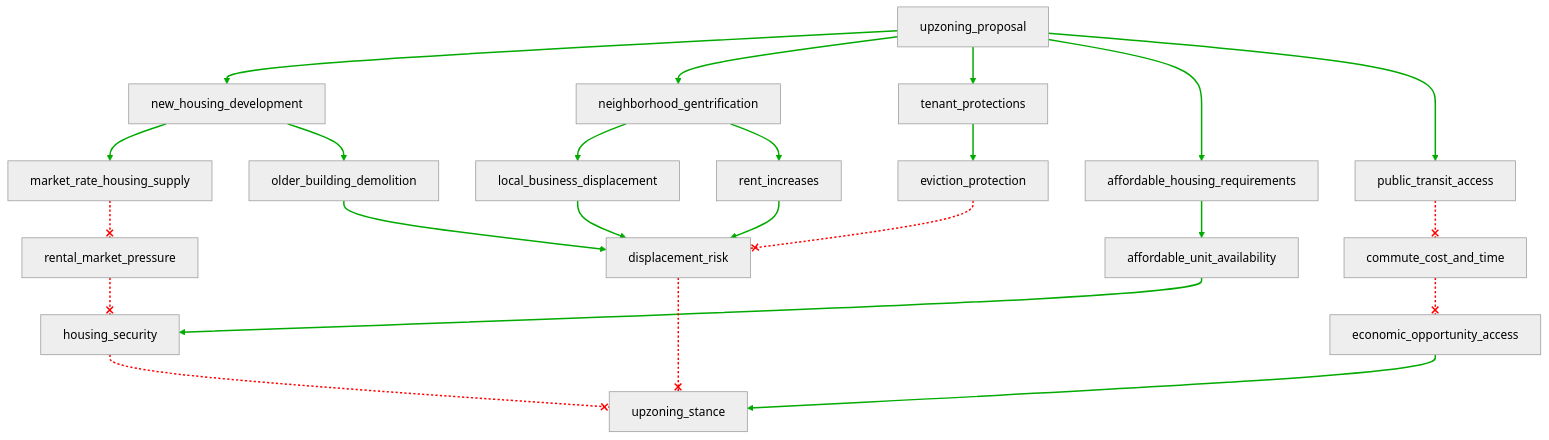
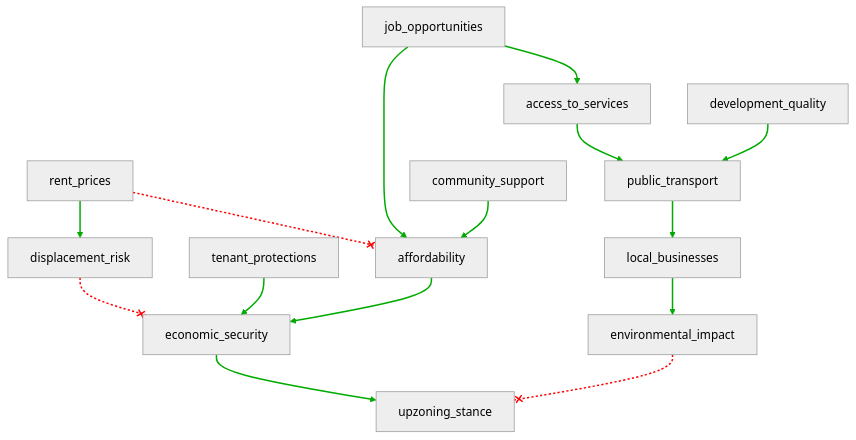
Before and after one commit to jajamoa/generative-minds: the diagram in data/samples_scm/sample_6.mmd, drawn with Mermaid (neutral theme). The commit also changed 115 other files, not shown here.

````diff
--- a/data/samples_scm/sample_6.mmd
+++ b/data/samples_scm/sample_6.mmd
@@ -1,69 +1,44 @@
 ```mermaid
 flowchart TD
-    n1[upzoning_proposal]
-    n2[new_housing_development]
-    n3[neighborhood_gentrification]
-    n4[tenant_protections]
-    n5[affordable_housing_requirements]
-    n6[public_transit_access]
-    n7[market_rate_housing_supply]
-    n8[older_building_demolition]
-    n9[local_business_displacement]
-    n10[rent_increases]
-    n11[eviction_protection]
-    n12[affordable_unit_availability]
-    n13[commute_cost_and_time]
-    n14[rental_market_pressure]
-    n15[displacement_risk]
-    n16[housing_security]
-    n17[economic_opportunity_access]
-    n18[upzoning_stance]
-    
-    n1 --> n2
-    n1 --> n3
-    n1 --> n4
-    n1 --> n5
-    n1 --> n6
-    n2 --> n7
-    n2 --> n8
-    n3 --> n9
-    n3 --> n10
-    n4 --> n11
-    n5 --> n12
-    n6 --x n13
-    n7 --x n14
-    n8 --> n15
-    n9 --> n15
-    n10 --> n15
-    n11 --x n15
-    n12 --> n16
-    n13 --x n17
-    n14 --x n16
-    n15 --x n18
-    n16 --x n18
-    n17 --> n18
-    
-    linkStyle 0 stroke:#00AA00,stroke-width:2px
-    linkStyle 1 stroke:#00AA00,stroke-width:2px
-    linkStyle 2 stroke:#00AA00,stroke-width:2px
-    linkStyle 3 stroke:#00AA00,stroke-width:2px
-    linkStyle 4 stroke:#00AA00,stroke-width:2px
-    linkStyle 5 stroke:#00AA00,stroke-width:2px
-    linkStyle 6 stroke:#00AA00,stroke-width:2px
-    linkStyle 7 stroke:#00AA00,stroke-width:2px
-    linkStyle 8 stroke:#00AA00,stroke-width:2px
-    linkStyle 9 stroke:#00AA00,stroke-width:2px
-    linkStyle 10 stroke:#00AA00,stroke-width:2px
-    linkStyle 11 stroke:#FF0000,stroke-dasharray:3,stroke-width:2px
-    linkStyle 12 stroke:#FF0000,stroke-dasharray:3,stroke-width:2px
-    linkStyle 13 stroke:#00AA00,stroke-width:2px
-    linkStyle 14 stroke:#00AA00,stroke-width:2px
-    linkStyle 15 stroke:#00AA00,stroke-width:2px
-    linkStyle 16 stroke:#FF0000,stroke-dasharray:3,stroke-width:2px
-    linkStyle 17 stroke:#00AA00,stroke-width:2px
-    linkStyle 18 stroke:#FF0000,stroke-dasharray:3,stroke-width:2px
-    linkStyle 19 stroke:#FF0000,stroke-dasharray:3,stroke-width:2px
-    linkStyle 20 stroke:#FF0000,stroke-dasharray:3,stroke-width:2px
-    linkStyle 21 stroke:#FF0000,stroke-dasharray:3,stroke-width:2px
-    linkStyle 22 stroke:#00AA00,stroke-width:2px
-``` 
+n1[rent_prices]
+n2[displacement_risk]
+n3[tenant_protections]
+n4[job_opportunities]
+n5[access_to_services]
+n6[community_support]
+n7[affordability]
+n8[economic_security]
+n9[development_quality]
+n10[public_transport]
+n11[local_businesses]
+n12[environmental_impact]
+n13[upzoning_stance]
+n1 --> n2
+n1 --x n7
+n2 --x n8
+n3 --> n8
+n4 --> n5
+n4 --> n7
+n5 --> n10
+n6 --> n7
+n7 --> n8
+n8 --> n13
+n9 --> n10
+n10 --> n11
+n11 --> n12
+n12 --x n13
+linkStyle 0 stroke:#00AA00,stroke-width:2px
+linkStyle 1 stroke:#FF0000,stroke-dasharray:3,stroke-width:2px
+linkStyle 2 stroke:#FF0000,stroke-dasharray:3,stroke-width:2px
+linkStyle 3 stroke:#00AA00,stroke-width:2px
+linkStyle 4 stroke:#00AA00,stroke-width:2px
+linkStyle 5 stroke:#00AA00,stroke-width:2px
+linkStyle 6 stroke:#00AA00,stroke-width:2px
+linkStyle 7 stroke:#00AA00,stroke-width:2px
+linkStyle 8 stroke:#00AA00,stroke-width:2px
+linkStyle 9 stroke:#00AA00,stroke-width:2px
+linkStyle 10 stroke:#00AA00,stroke-width:2px
+linkStyle 11 stroke:#00AA00,stroke-width:2px
+linkStyle 12 stroke:#00AA00,stroke-width:2px
+linkStyle 13 stroke:#FF0000,stroke-dasharray:3,stroke-width:2px
+```
````
